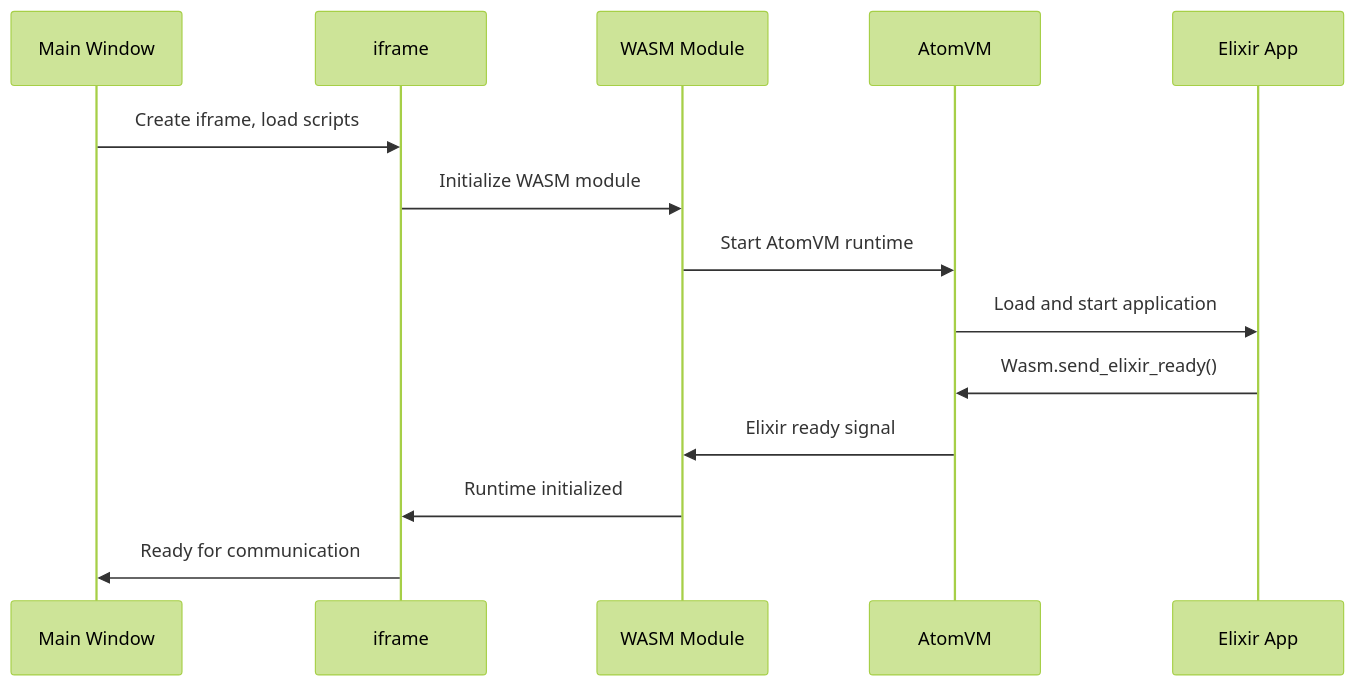
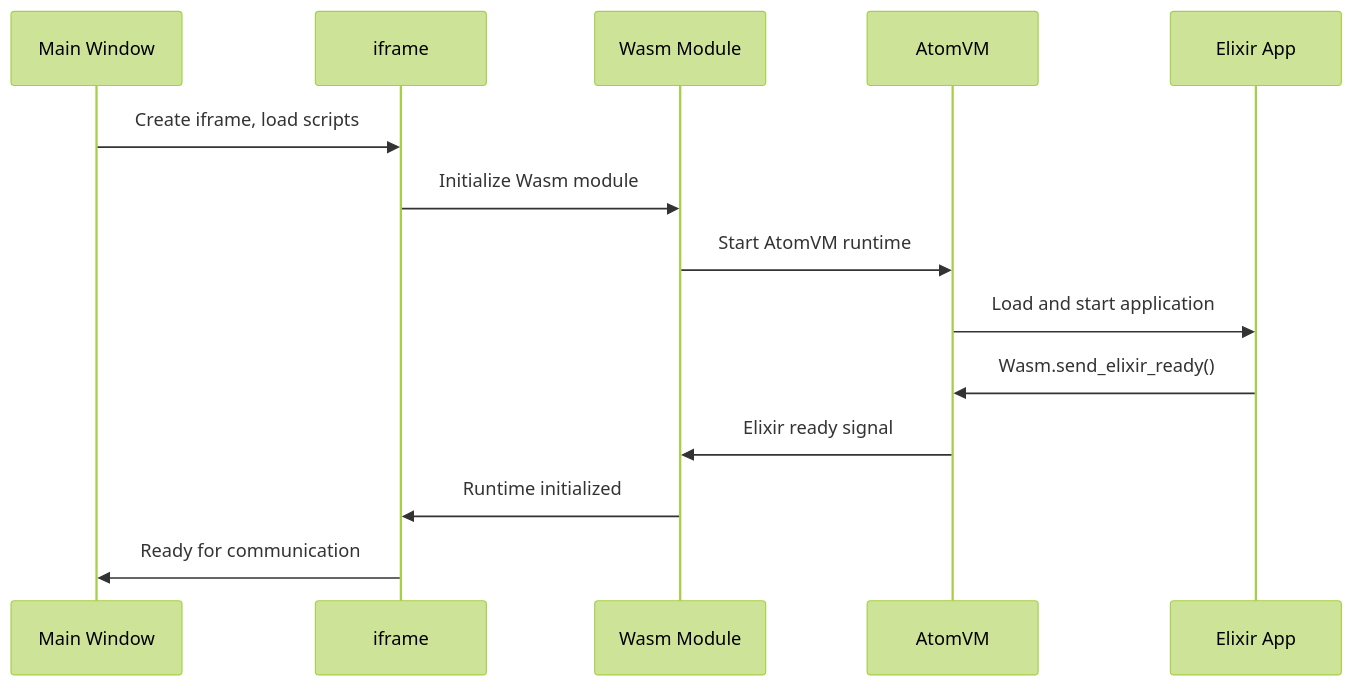
One commit to software-mansion/popcorn changed the second of 2 diagrams in popcorn-2/elixir/pages/reference/architecture.md. Above: the diagram before and after it, drawn with Mermaid (forest theme). The commit also changed 67 other files, not shown here.

````diff
--- a/popcorn-2/elixir/pages/reference/architecture.md
+++ b/popcorn-2/elixir/pages/reference/architecture.md
@@ -45,17 +45,17 @@
 ```mermaid
 sequenceDiagram
     participant MW as Main Window
     participant IF as iframe
-    participant WM as WASM Module
+    participant WM as Wasm Module
     participant AVM as AtomVM
     participant EA as Elixir App
 
     MW->>IF: Create iframe, load scripts
-    IF->>WM: Initialize WASM module
+    IF->>WM: Initialize Wasm module
     WM->>AVM: Start AtomVM runtime
     AVM->>EA: Load and start application
     EA->>AVM: Wasm.send_elixir_ready()
     AVM->>WM: Elixir ready signal
     WM->>IF: Runtime initialized
     IF->>MW: Ready for communication
 ```
````
